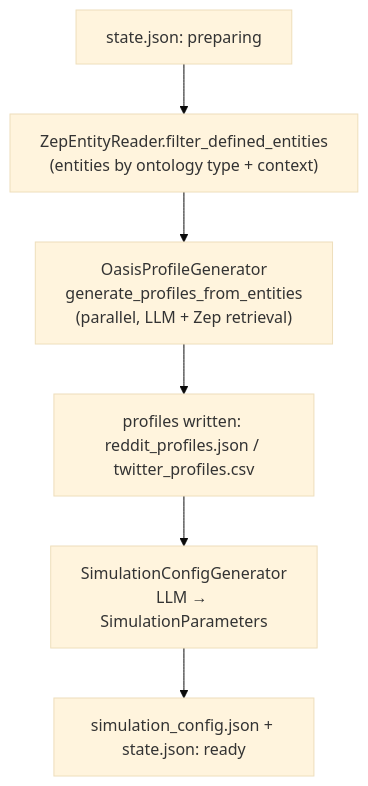
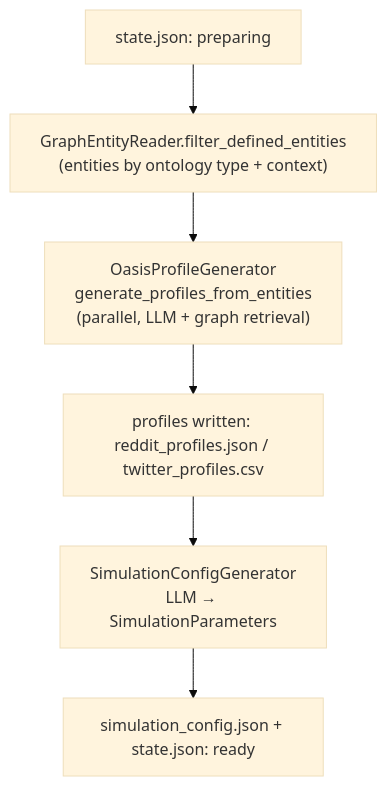
One commit to Ghostfusion/MiroFish changed the sixth of 7 diagrams in docs/DESIGN.md. Above: the diagram before and after it, drawn with Mermaid (base theme). The commit also changed other lines of this file and 48 other files, not shown here.

````diff
--- a/docs/DESIGN.md
+++ b/docs/DESIGN.md
@@ -336,8 +335,8 @@
 ```mermaid
 flowchart TB
-  S["state.json: preparing"] --> E["ZepEntityReader.filter_defined_entities\n(entities by ontology type + context)"]
-  E --> P["OasisProfileGenerator\ngenerate_profiles_from_entities\n(parallel, LLM + Zep retrieval)"]
+  S["state.json: preparing"] --> E["GraphEntityReader.filter_defined_entities\n(entities by ontology type + context)"]
+  E --> P["OasisProfileGenerator\ngenerate_profiles_from_entities\n(parallel, LLM + graph retrieval)"]
   P --> W["profiles written: reddit_profiles.json / twitter_profiles.csv"]
   W --> C["SimulationConfigGenerator\nLLM → SimulationParameters"]
   C --> F["simulation_config.json + state.json: ready"]
 ```
````
